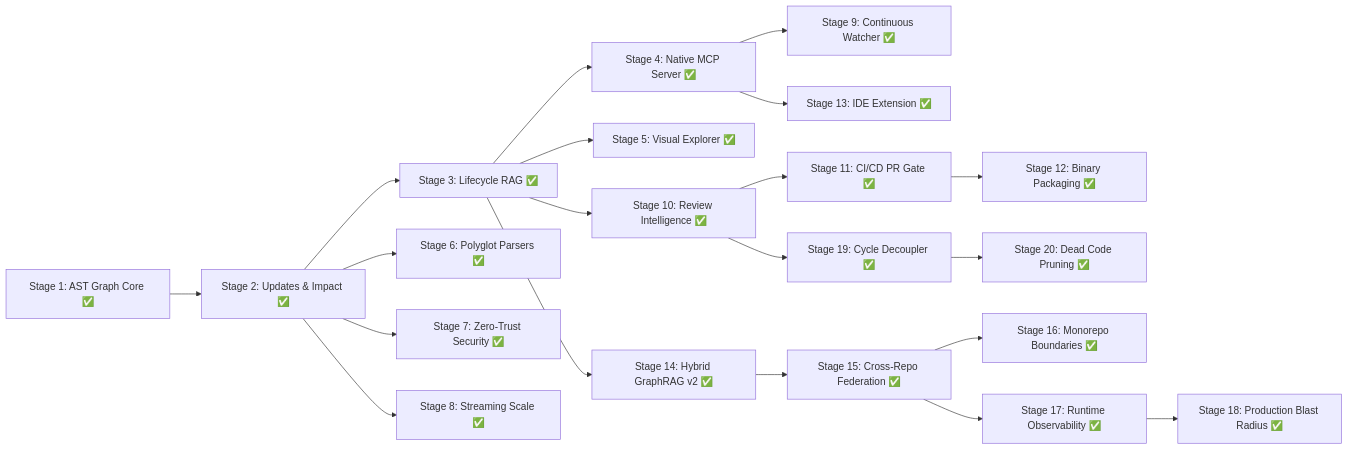
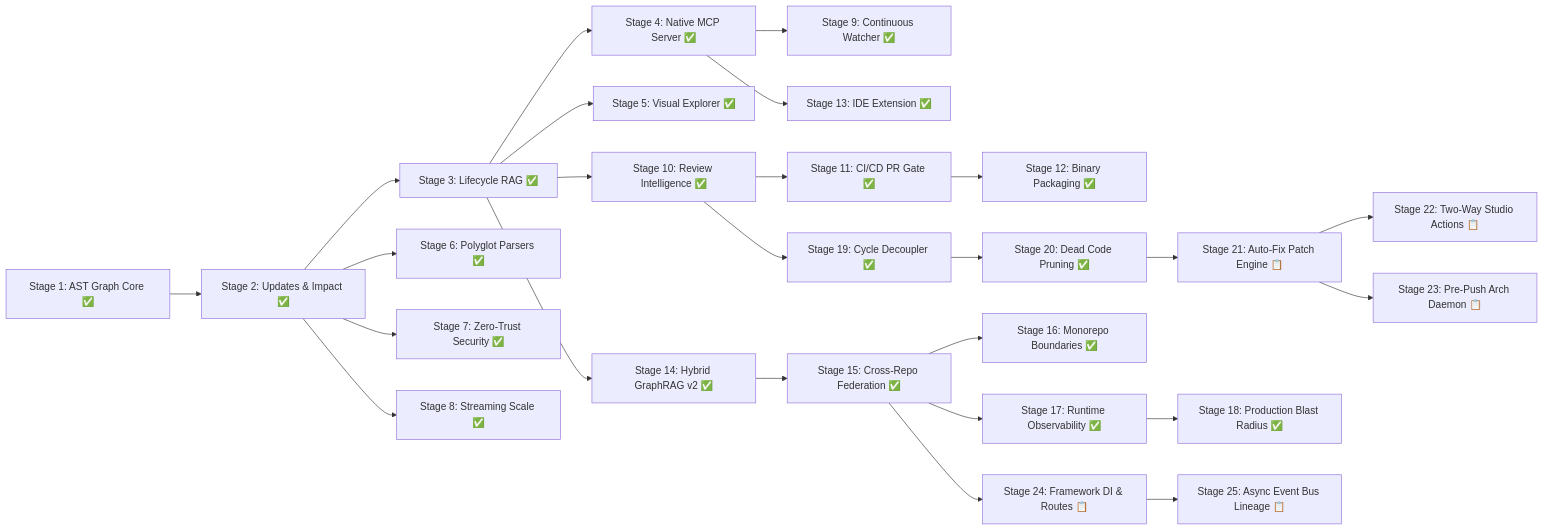
Before and after one commit to sky2464/Agtoosa2: the diagram in docs/Master-Plan.md, drawn with Mermaid. The commit also changed other lines of this file, not shown here.

Commit message:
docs: update master plan with milestones 9 and 10 and modular native studio refactoring track

````diff
--- a/docs/Master-Plan.md
+++ b/docs/Master-Plan.md
@@ -50,22 +68,27 @@
 ```mermaid
 flowchart LR
     S1[Stage 1: AST Graph Core ✅] --> S2[Stage 2: Updates & Impact ✅]
     S2 --> S3[Stage 3: Lifecycle RAG ✅]
-    S3 --> S4[Stage 4: Native MCP Server ✅]
-    S3 --> S5[Stage 5: Visual Explorer ✅]
     S2 --> S6[Stage 6: Polyglot Parsers ✅]
     S2 --> S7[Stage 7: Zero-Trust Security ✅]
     S2 --> S8[Stage 8: Streaming Scale ✅]
+    S3 --> S4[Stage 4: Native MCP Server ✅]
+    S3 --> S5[Stage 5: Visual Explorer ✅]
     S4 --> S9[Stage 9: Continuous Watcher ✅]
     S3 --> S10[Stage 10: Review Intelligence ✅]
     S10 --> S11[Stage 11: CI/CD PR Gate ✅]
     S11 --> S12[Stage 12: Binary Packaging ✅]
     S4 --> S13[Stage 13: IDE Extension ✅]
     S3 --> S14[Stage 14: Hybrid GraphRAG v2 ✅]
     S14 --> S15[Stage 15: Cross-Repo Federation ✅]
     S15 --> S16[Stage 16: Monorepo Boundaries ✅]
     S15 --> S17[Stage 17: Runtime Observability ✅]
     S17 --> S18[Stage 18: Production Blast Radius ✅]
     S10 --> S19[Stage 19: Cycle Decoupler ✅]
     S19 --> S20[Stage 20: Dead Code Pruning ✅]
+    S20 --> S21[Stage 21: Auto-Fix Patch Engine 📋]
+    S21 --> S22[Stage 22: Two-Way Studio Actions 📋]
+    S21 --> S23[Stage 23: Pre-Push Arch Daemon 📋]
+    S15 --> S24[Stage 24: Framework DI & Routes 📋]
+    S24 --> S25[Stage 25: Async Event Bus Lineage 📋]
 ```
````
